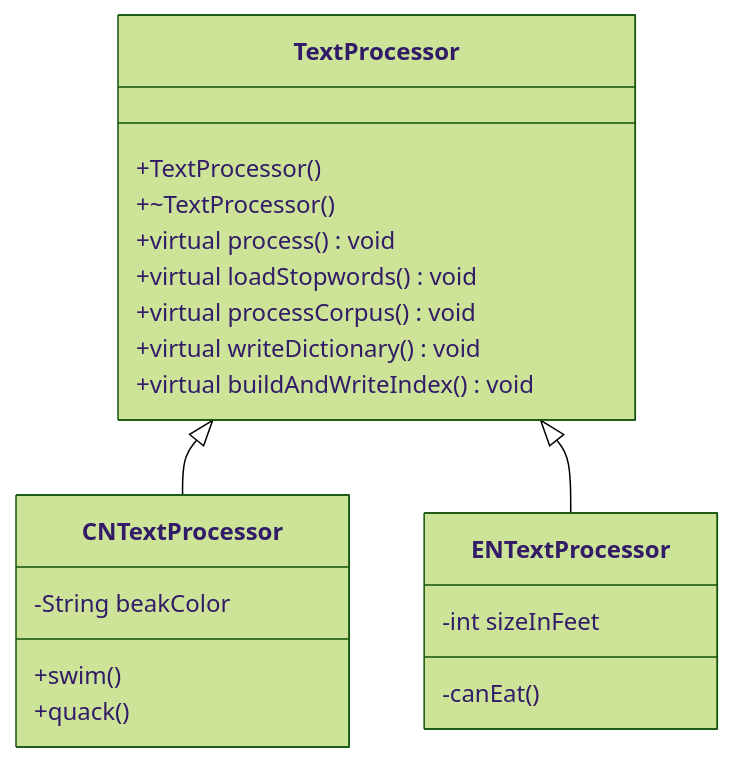
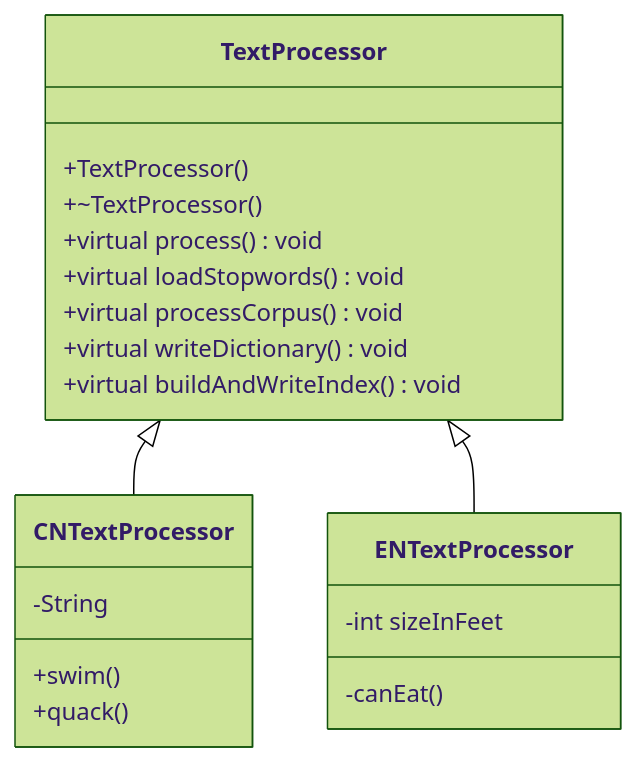
One commit to Jason-DancingBoy/iodraw-files changed the diagram in all/未命名-1.md. Above: the diagram before and after it, drawn with Mermaid (forest theme).

Commit message:
2026-01-02 21:05:12 update

````diff
--- a/all/未命名-1.md
+++ b/all/未命名-1.md
@@ -1,23 +1,23 @@
 ```mermaid
 classDiagram
     TextProcessor <|-- CNTextProcessor
     TextProcessor <|-- ENTextProcessor
     TextProcessor: +TextProcessor()
     TextProcessor: +~TextProcessor()
     TextProcessor: +virtual process() void
     TextProcessor: +virtual loadStopwords() void 
     TextProcessor: +virtual processCorpus() void
     TextProcessor: +virtual writeDictionary() void
     TextProcessor: +virtual buildAndWriteIndex() void
     class CNTextProcessor{
-      -String beakColor
+      -String 
 
       +swim()
       +quack()
     }
     class ENTextProcessor{
       -int sizeInFeet
       -canEat()
     }
-            
+    
 ```
````
